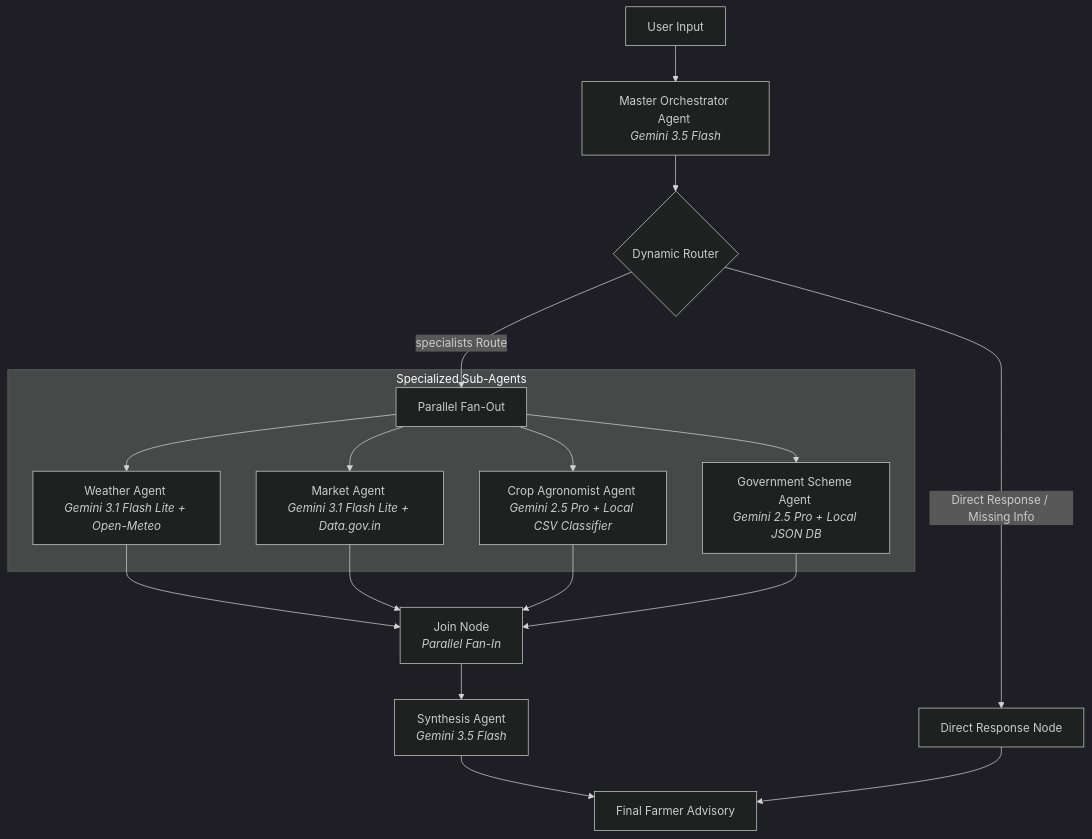
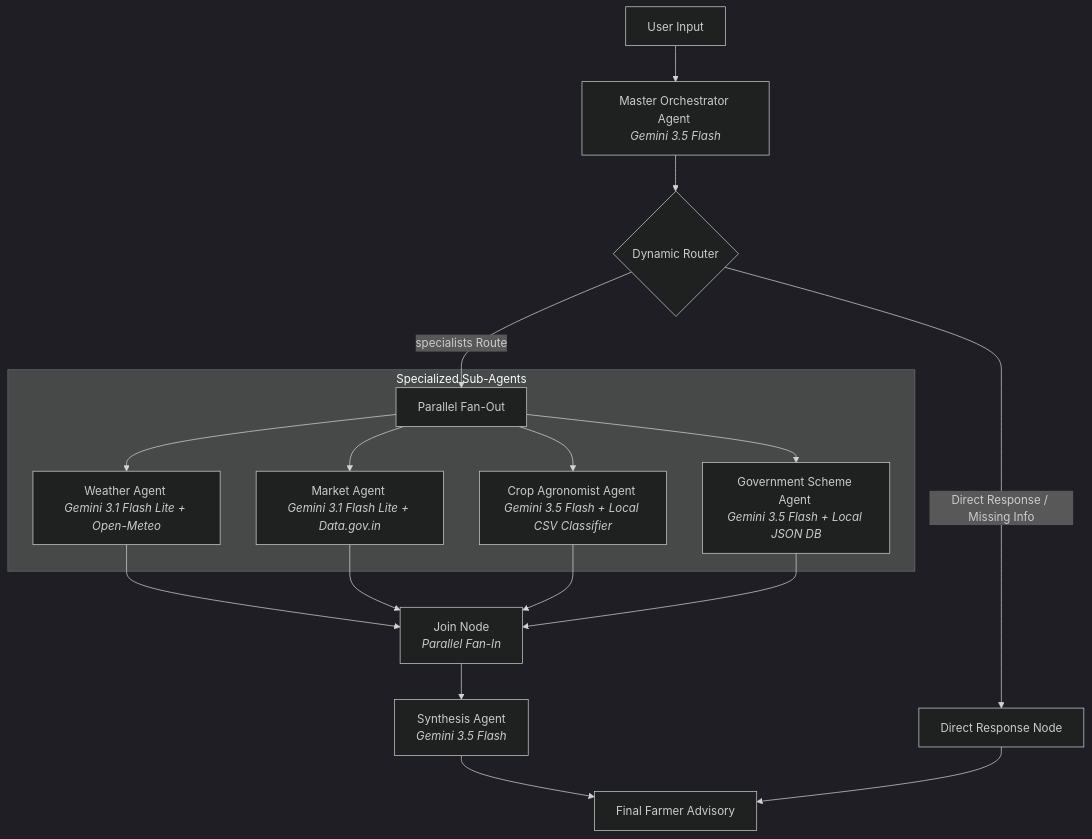
Before and after one commit to Joker-Bat/kisan-agent: the diagram in README.md, drawn with Mermaid (dark theme). The commit also changed 25 other files, not shown here.

Commit message:
chore: upgrade project to ADK 0.6.0, add Cloud Run deployment target, and migrate all agents to gemini-3.5-flash

````diff
--- a/README.md
+++ b/README.md
@@ -13,25 +13,25 @@
 ```mermaid
 graph TD
     START[User Input] --> Orch[Master Orchestrator Agent <br><i>Gemini 3.5 Flash</i>]
     Orch --> Router{Dynamic Router}
     
     Router -- Direct Response / Missing Info --> DirectNode[Direct Response Node]
     Router -- specialists Route --> FanOut[Parallel Fan-Out]
     
     subgraph Specialists [Specialized Sub-Agents]
         FanOut --> Weather[Weather Agent <br><i>Gemini 3.1 Flash Lite + Open-Meteo</i>]
         FanOut --> Market[Market Agent <br><i>Gemini 3.1 Flash Lite + Data.gov.in</i>]
-        FanOut --> Crop[Crop Agronomist Agent <br><i>Gemini 2.5 Pro + Local CSV Classifier</i>]
-        FanOut --> Scheme[Government Scheme Agent <br><i>Gemini 2.5 Pro + Local JSON DB</i>]
+        FanOut --> Crop[Crop Agronomist Agent <br><i>Gemini 3.5 Flash + Local CSV Classifier</i>]
+        FanOut --> Scheme[Government Scheme Agent <br><i>Gemini 3.5 Flash + Local JSON DB</i>]
     end
     
     Weather --> Join[Join Node <br><i>Parallel Fan-In</i>]
     Market --> Join
     Crop --> Join
     Scheme --> Join
     
     Join --> Synthesis[Synthesis Agent <br><i>Gemini 3.5 Flash</i>]
     
     Synthesis --> END[Final Farmer Advisory]
     DirectNode --> END
 ```
````
